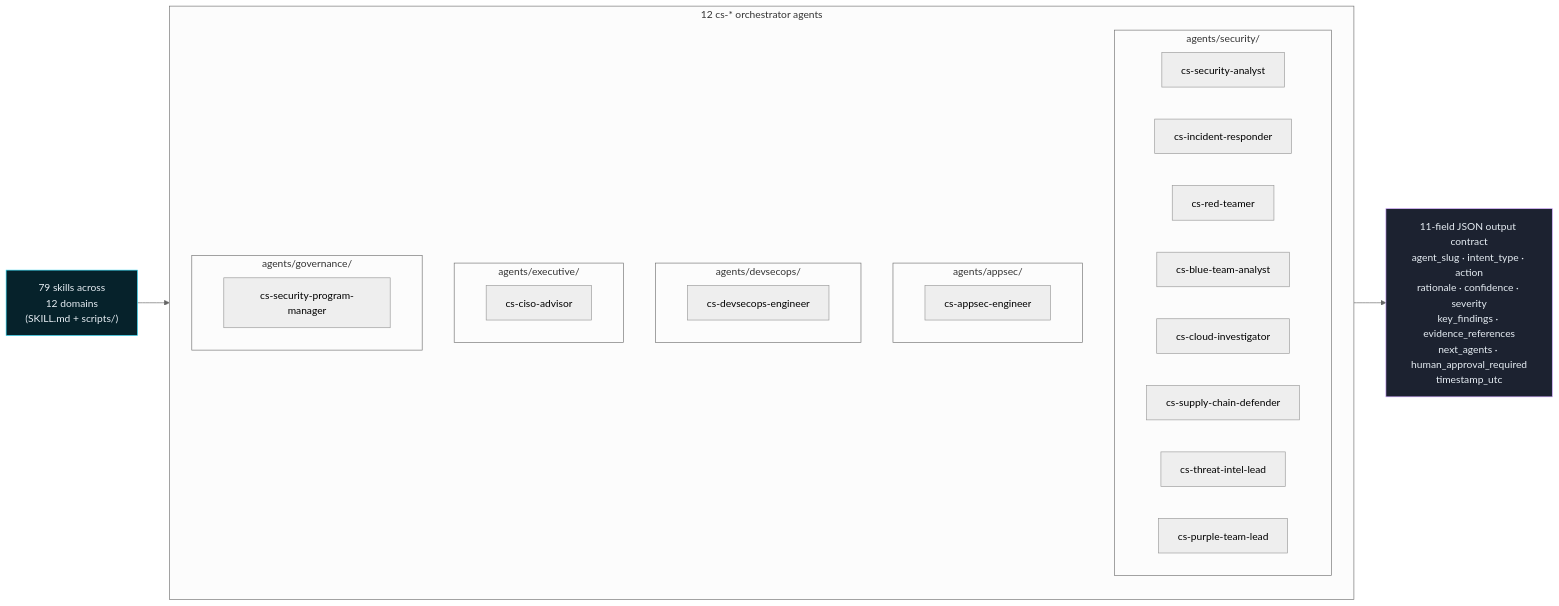
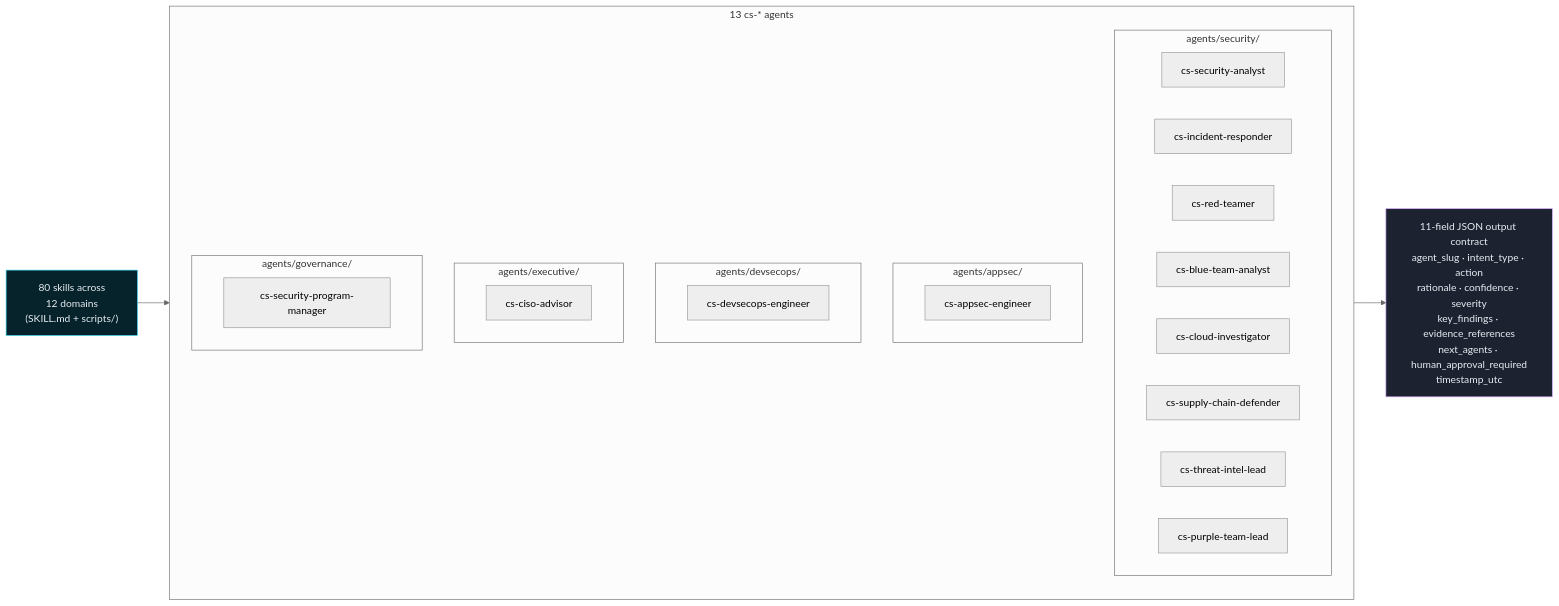
One commit to jaskaranhundal/usap-skills changed the diagram in README.md. Above: the diagram before and after it, drawn with Mermaid (neutral theme). The commit also changed other lines of this file and 43 other files, not shown here.

````diff
--- a/README.md
+++ b/README.md
@@ -97,33 +97,33 @@
 ```mermaid
 flowchart LR
-    SK["79 skills across<br/>12 domains<br/>(SKILL.md + scripts/)"]:::skill --> A
-    subgraph A ["12 cs-* orchestrator agents"]
+    SK["80 skills across<br/>12 domains<br/>(SKILL.md + scripts/)"]:::skill --> A
+    subgraph A ["13 cs-* agents"]
         direction TB
         subgraph S ["agents/security/"]
             S1[cs-security-analyst]
             S2[cs-incident-responder]
             S3[cs-red-teamer]
             S4[cs-blue-team-analyst]
             S5[cs-cloud-investigator]
             S6[cs-supply-chain-defender]
             S7[cs-threat-intel-lead]
             S8[cs-purple-team-lead]
         end
         subgraph P ["agents/appsec/"]
             P1[cs-appsec-engineer]
         end
         subgraph D ["agents/devsecops/"]
             D1[cs-devsecops-engineer]
         end
         subgraph E ["agents/executive/"]
             E1[cs-ciso-advisor]
         end
         subgraph G ["agents/governance/"]
             G1[cs-security-program-manager]
         end
     end
     A --> OUT["11-field JSON output contract<br/>agent_slug · intent_type · action<br/>rationale · confidence · severity<br/>key_findings · evidence_references<br/>next_agents · human_approval_required<br/>timestamp_utc"]:::out
 
     classDef skill fill:#06222b,stroke:#29d3f0,stroke-width:1px,color:#e6edf3
     classDef out fill:#1c2230,stroke:#d2a8ff,stroke-width:1px,color:#e6edf3
 ```
````
